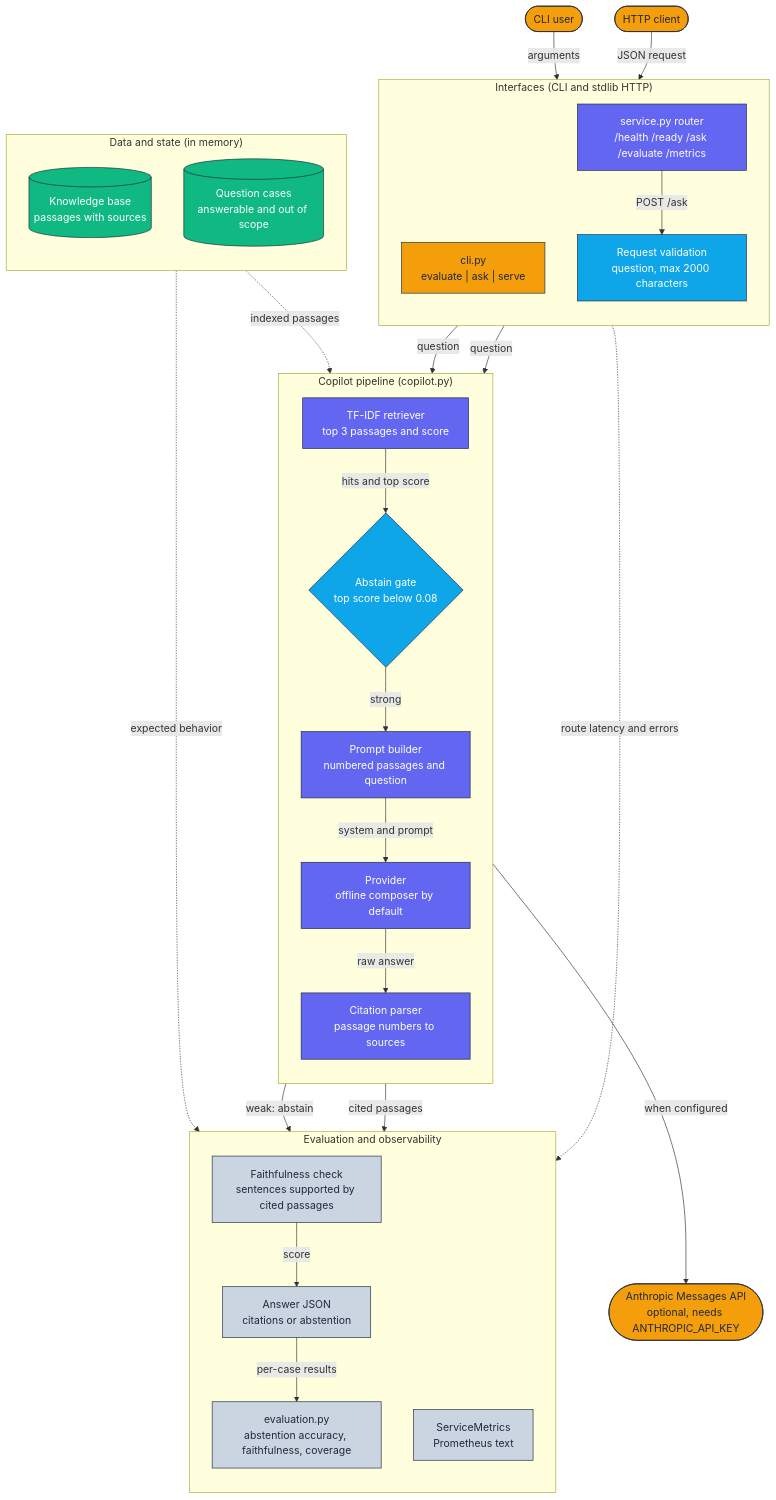
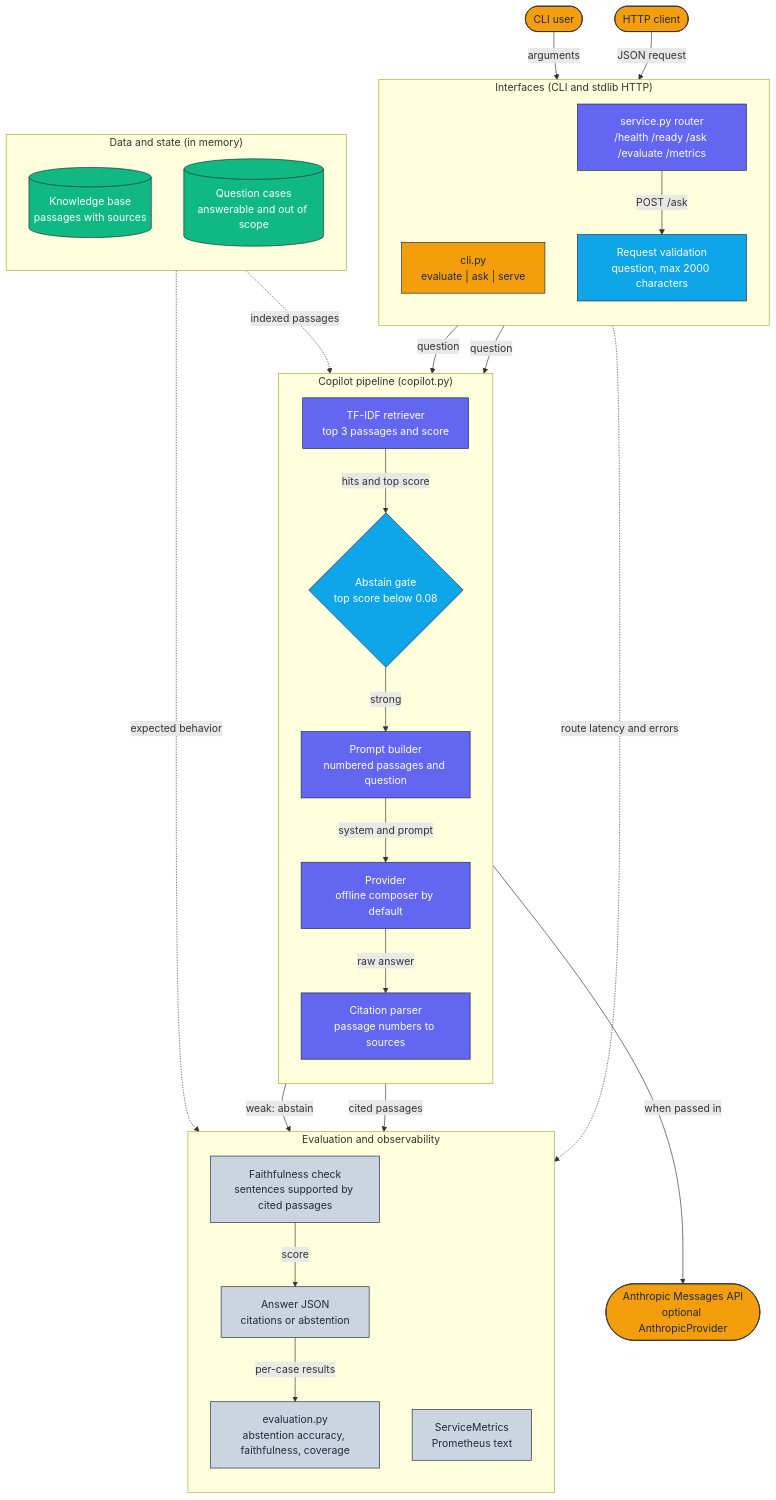
One commit to adeoluo/grounded-copilot changed the diagram in docs/architecture/architecture.mmd. Above: the diagram before and after it, drawn with Mermaid. The commit also changed 2 other files, not shown here.

Commit message:
docs: clarify optional provider in architecture diagram

```diff
--- a/docs/architecture/architecture.mmd
+++ b/docs/architecture/architecture.mmd
@@ -1,58 +1,58 @@
 flowchart TD
     classDef edge     fill:#F59E0B,stroke:#1E293B,color:#1E293B,stroke-width:1px;
     classDef core     fill:#6366F1,stroke:#1E293B,color:#ffffff,stroke-width:1px;
     classDef data     fill:#10B981,stroke:#1E293B,color:#ffffff,stroke-width:1px;
     classDef control  fill:#0EA5E9,stroke:#1E293B,color:#ffffff,stroke-width:1px;
     classDef obs      fill:#CBD5E1,stroke:#1E293B,color:#1E293B,stroke-width:1px;
 
     User([CLI user]):::edge
     Client([HTTP client]):::edge
-    Claude([Anthropic Messages API<br/>optional, needs ANTHROPIC_API_KEY]):::edge
+    Claude([Anthropic Messages API<br/>optional AnthropicProvider]):::edge
 
     subgraph Interfaces["Interfaces (CLI and stdlib HTTP)"]
         direction TB
         CLI["cli.py<br/>evaluate | ask | serve"]:::edge
         Router["service.py router<br/>/health /ready /ask /evaluate /metrics"]:::core
         Validate["Request validation<br/>question, max 2000 characters"]:::control
     end
 
     subgraph Core["Copilot pipeline (copilot.py)"]
         direction TB
         Retrieve["TF-IDF retriever<br/>top 3 passages and score"]:::core
         Gate{"Abstain gate<br/>top score below 0.08"}:::control
         Prompt["Prompt builder<br/>numbered passages and question"]:::core
         Provider["Provider<br/>offline composer by default"]:::core
         Cite["Citation parser<br/>passage numbers to sources"]:::core
     end
 
     subgraph State["Data and state (in memory)"]
         direction TB
         KB[("Knowledge base<br/>passages with sources")]:::data
         Cases[("Question cases<br/>answerable and out of scope")]:::data
     end
 
     subgraph Obs["Evaluation and observability"]
         direction TB
         Faith["Faithfulness check<br/>sentences supported by cited passages"]:::obs
         Answer["Answer JSON<br/>citations or abstention"]:::obs
         Bench["evaluation.py<br/>abstention accuracy, faithfulness, coverage"]:::obs
         Metrics["ServiceMetrics<br/>Prometheus text"]:::obs
     end
 
     User -->|arguments| CLI
     Client -->|JSON request| Router
     Router -->|POST /ask| Validate
     Validate -->|question| Retrieve
     CLI -->|question| Retrieve
     KB -.->|indexed passages| Retrieve
     Retrieve -->|hits and top score| Gate
     Gate -->|weak: abstain| Answer
     Gate -->|strong| Prompt
     Prompt -->|system and prompt| Provider
-    Provider -->|when configured| Claude
+    Provider -->|when passed in| Claude
     Provider -->|raw answer| Cite
     Cite -->|cited passages| Faith
     Faith -->|score| Answer
     Cases -.->|expected behavior| Bench
     Answer -->|per-case results| Bench
     Router -.->|route latency and errors| Metrics
```
